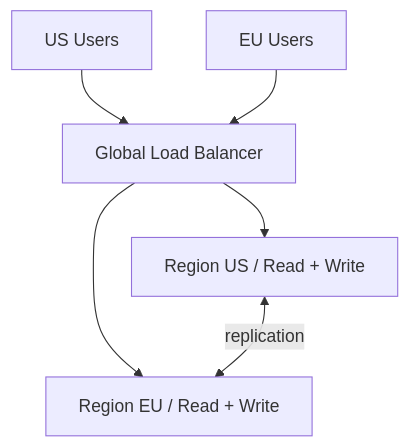
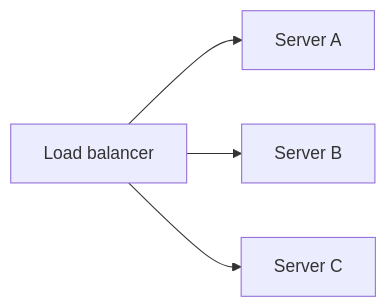
Before and after one commit to hareramcse/SystemDesign: diagram 13 of 34 in 12-reliability-engineering/README.md, drawn with Mermaid. The commit also changed other lines of this file and 1 other file, not shown here.

````diff
--- a/12-reliability-engineering/README.md
+++ b/12-reliability-engineering/README.md
@@ -246,9 +439,6 @@
 ```mermaid
-flowchart TB
-    GLB[Global Load Balancer]
-    GLB --> R1[Region US / Read + Write]
-    GLB --> R2[Region EU / Read + Write]
-    R1 <-->|replication| R2
-    U1[US Users] --> GLB
-    U2[EU Users] --> GLB
+flowchart LR
+    LB[Load balancer] --> SA[Server A]
+    LB --> SB[Server B]
+    LB --> SC[Server C]
 ```
````
